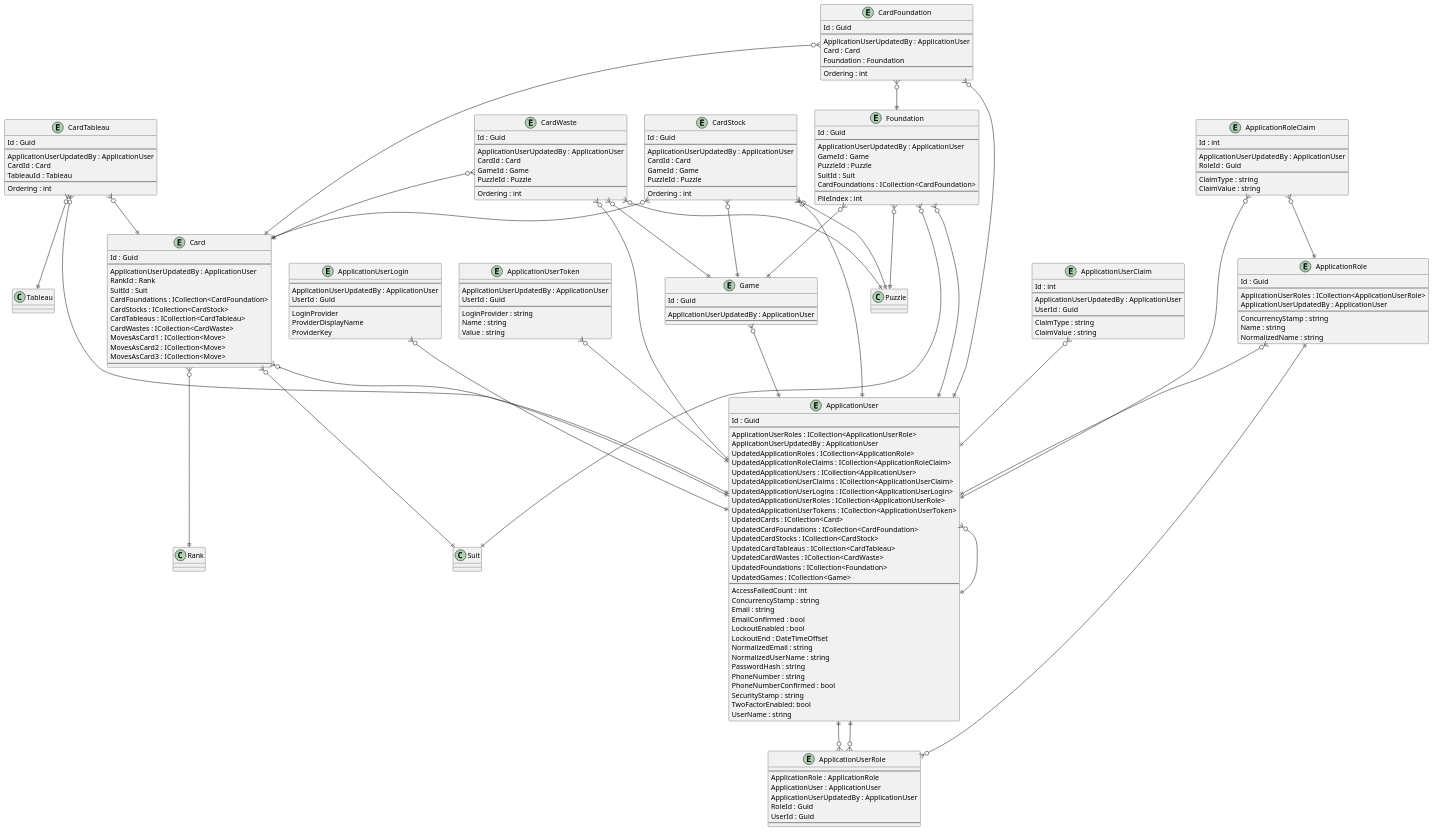
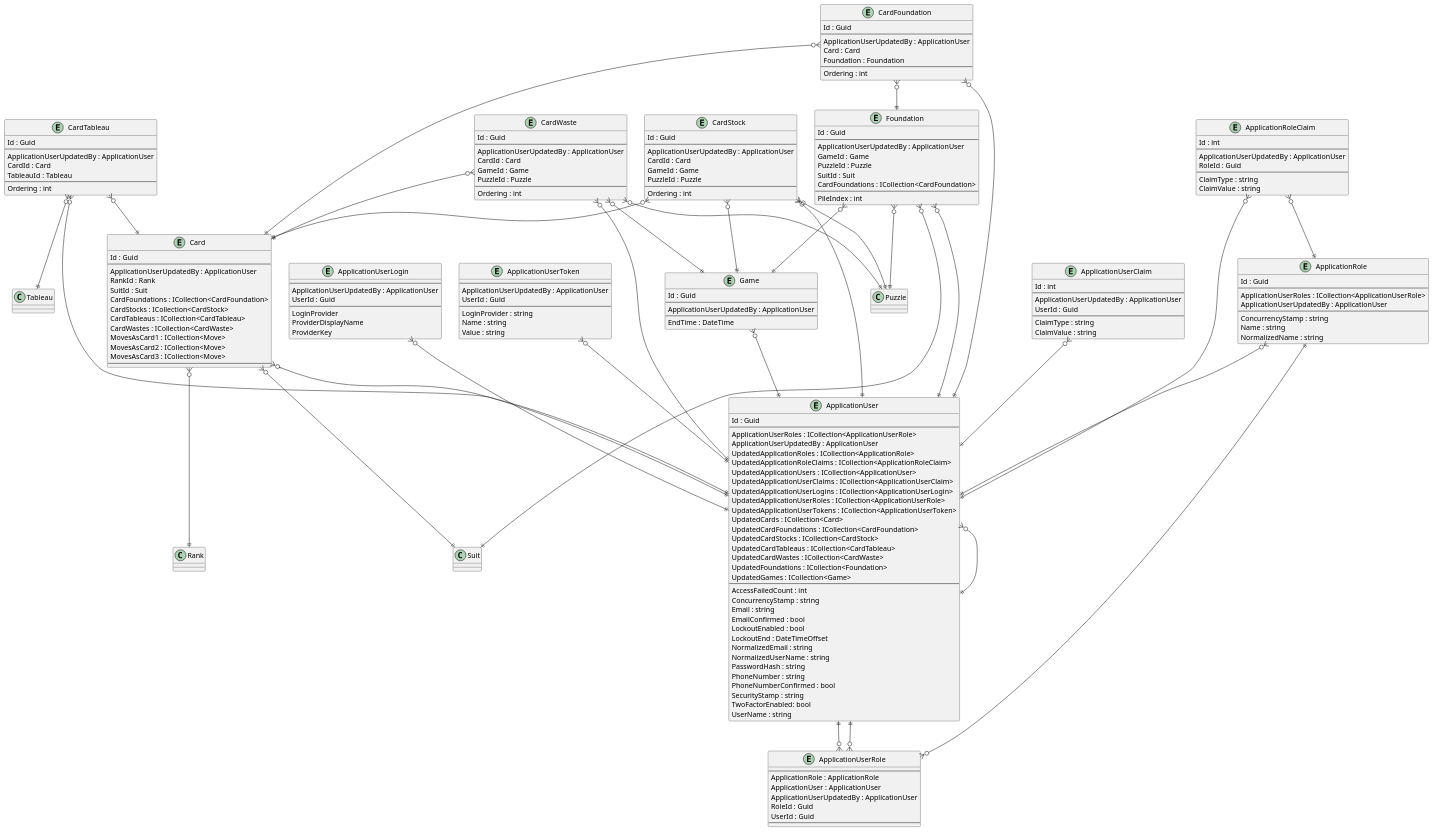
Before and after one commit to intrepion/intrepion_klondike-solitaire_csharp: the diagram in .docs/Intrepion.KlondikeSolitaire.pu, drawn with PlantUML.

```diff
--- a/.docs/Intrepion.KlondikeSolitaire.pu
+++ b/.docs/Intrepion.KlondikeSolitaire.pu
@@ -186,6 +186,7 @@
     ApplicationUserUpdatedBy : ApplicationUser
     ' GameKeyCodePlaceholder
     --
+    EndTime : DateTime
     ' GamePropertyCodePlaceholder
 }
 
```
